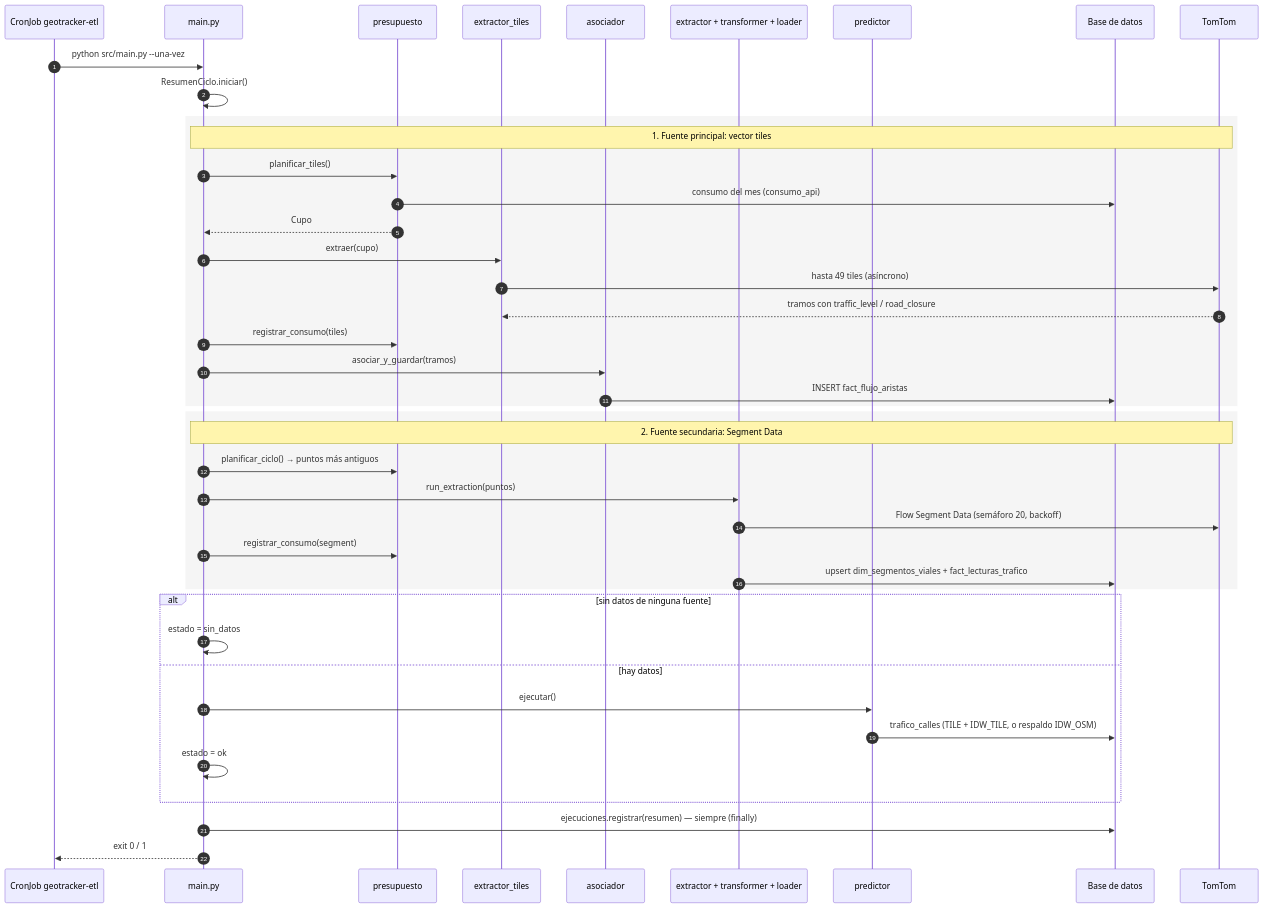
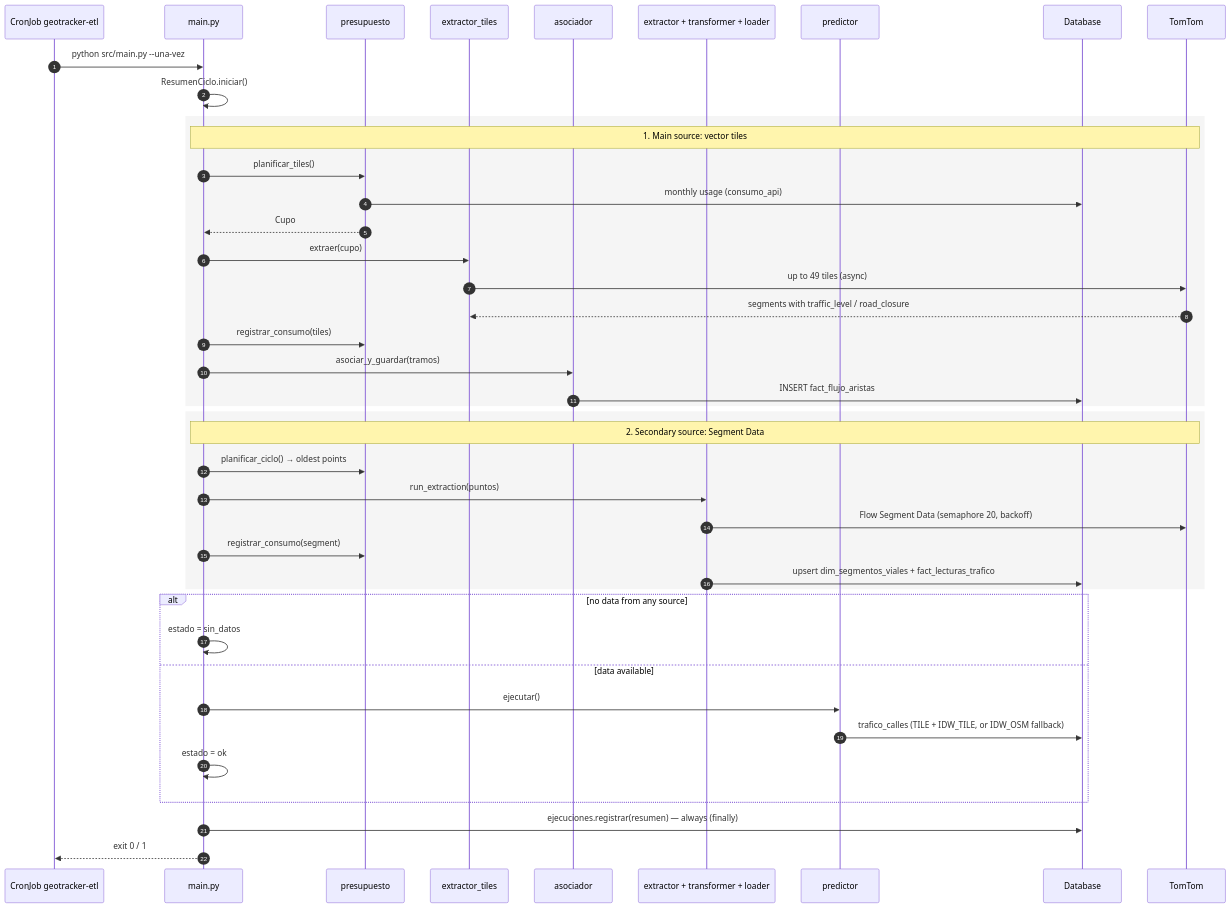
The second of 2 diagrams in docs/ARCHITECTURE.md (alejandro-araujo-orellana/geoTracker), drawn with Mermaid before and after one commit. The commit also changed other lines of this file and 16 other files, not shown here.

````diff
--- a/docs/ARCHITECTURE.md
+++ b/docs/ARCHITECTURE.md
@@ -88,45 +88,45 @@
 ```mermaid
 sequenceDiagram
     autonumber
     participant CJ as CronJob geotracker-etl
     participant M as main.py
     participant P as presupuesto
     participant XT as extractor_tiles
     participant A as asociador
     participant XS as extractor + transformer + loader
     participant PR as predictor
-    participant BD as Base de datos
+    participant BD as Database
     participant TT as TomTom
 
     CJ->>M: python src/main.py --una-vez
     M->>M: ResumenCiclo.iniciar()
     rect rgba(127,127,127,0.08)
-    note over M,TT: 1. Fuente principal: vector tiles
+    note over M,TT: 1. Main source: vector tiles
     M->>P: planificar_tiles()
-    P->>BD: consumo del mes (consumo_api)
+    P->>BD: monthly usage (consumo_api)
     P-->>M: Cupo
     M->>XT: extraer(cupo)
-    XT->>TT: hasta 49 tiles (asíncrono)
-    TT-->>XT: tramos con traffic_level / road_closure
+    XT->>TT: up to 49 tiles (async)
+    TT-->>XT: segments with traffic_level / road_closure
     M->>P: registrar_consumo(tiles)
     M->>A: asociar_y_guardar(tramos)
     A->>BD: INSERT fact_flujo_aristas
     end
     rect rgba(127,127,127,0.08)
-    note over M,TT: 2. Fuente secundaria: Segment Data
-    M->>P: planificar_ciclo() → puntos más antiguos
+    note over M,TT: 2. Secondary source: Segment Data
+    M->>P: planificar_ciclo() → oldest points
     M->>XS: run_extraction(puntos)
-    XS->>TT: Flow Segment Data (semáforo 20, backoff)
+    XS->>TT: Flow Segment Data (semaphore 20, backoff)
     M->>P: registrar_consumo(segment)
     XS->>BD: upsert dim_segmentos_viales + fact_lecturas_trafico
     end
-    alt sin datos de ninguna fuente
+    alt no data from any source
         M->>M: estado = sin_datos
-    else hay datos
+    else data available
         M->>PR: ejecutar()
-        PR->>BD: trafico_calles (TILE + IDW_TILE, o respaldo IDW_OSM)
+        PR->>BD: trafico_calles (TILE + IDW_TILE, or IDW_OSM fallback)
         M->>M: estado = ok
     end
-    M->>BD: ejecuciones.registrar(resumen) — siempre (finally)
+    M->>BD: ejecuciones.registrar(resumen) — always (finally)
     M-->>CJ: exit 0 / 1
 ```
````
